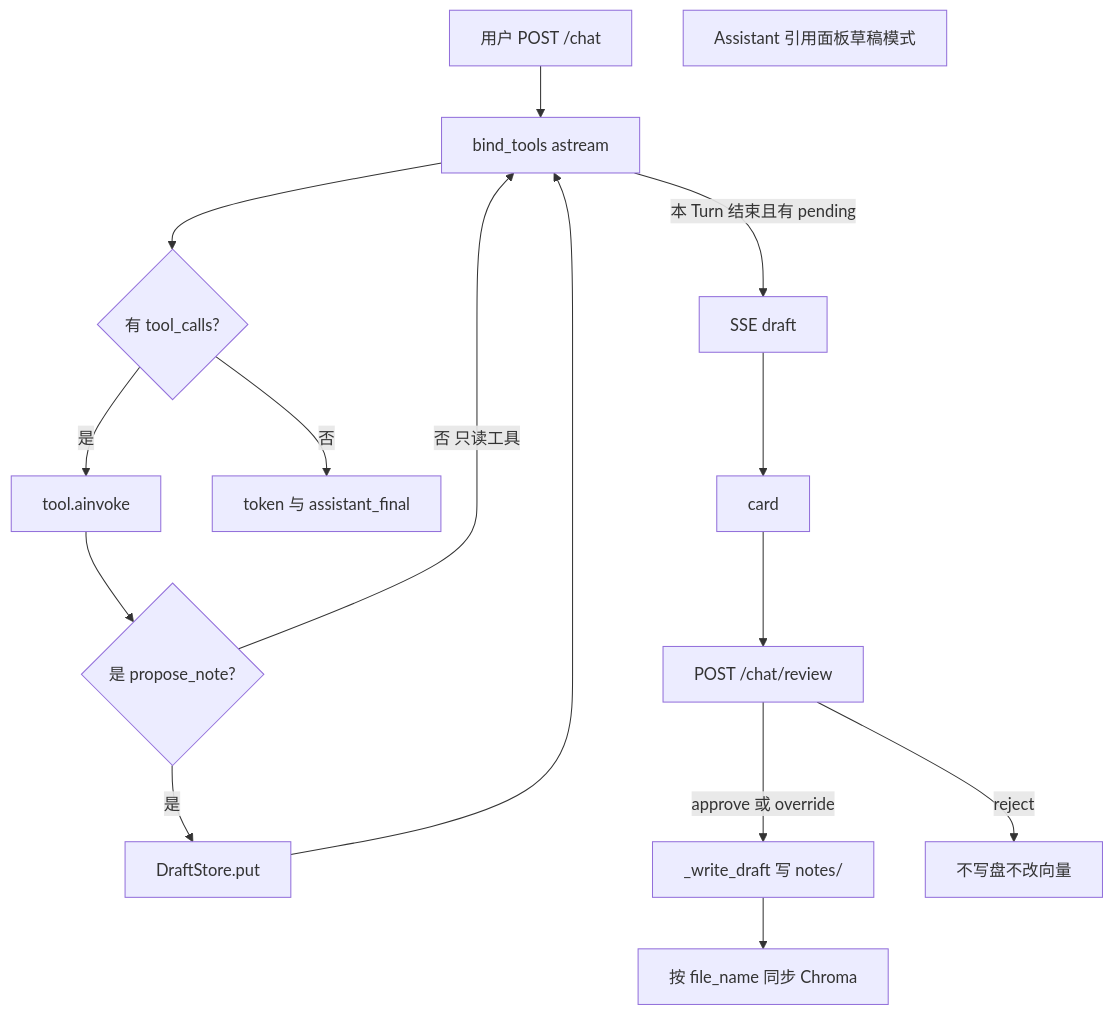
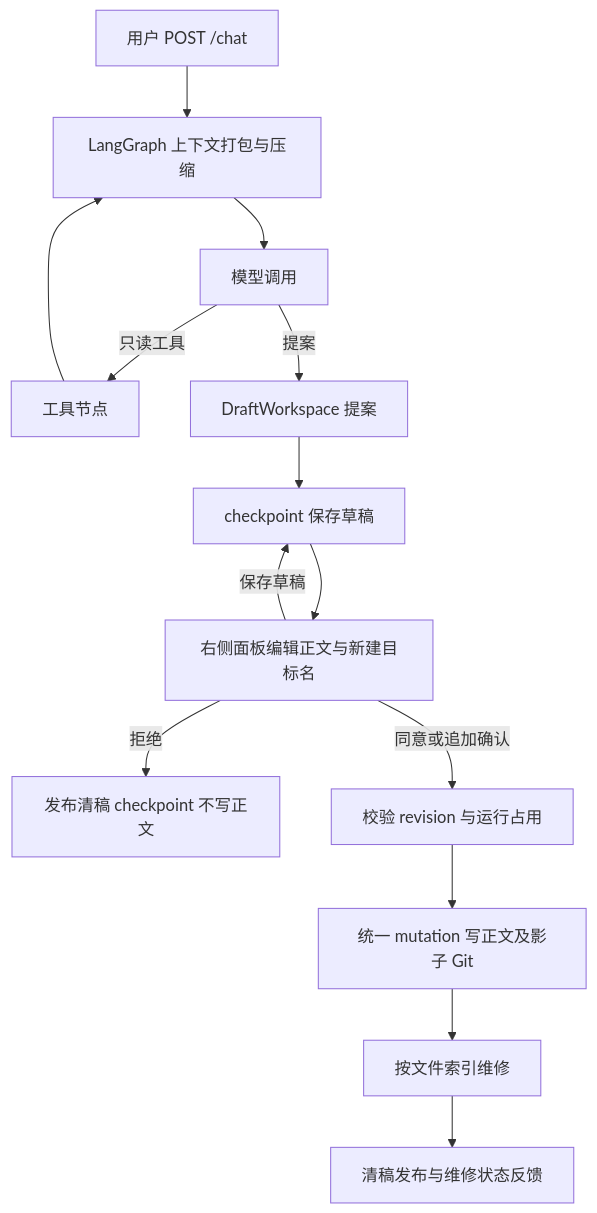
Before and after one commit to meantrick11/NoteAgent: the diagram in docs/02-api/chat-tools.md, drawn with Mermaid. The commit also changed other lines of this file and 2 other files, not shown here.

Commit message:
docs: sync current checkpoint and draft approval contracts

````diff
--- a/docs/02-api/chat-tools.md
+++ b/docs/02-api/chat-tools.md
@@ -33,23 +33,14 @@
 ```mermaid
 flowchart TD
-  user[用户 POST /chat]
-  hop[bind_tools astream]
-  noTool{有 tool_calls?}
-  invoke[tool.ainvoke]
-  propose{是 propose_note?}
-  draft[DraftStore.put]
-  reply[token 与 assistant_final]
-  sse[SSE draft]
-  pane[Assistant 引用面板草稿模式]
-  review[POST /chat/review]
-  disk[_write_draft 写 notes/]
-  user --> hop --> noTool
-  noTool -->|否| reply
-  noTool -->|是| invoke --> propose
-  propose -->|否 只读工具| hop
-  propose -->|是| draft --> hop
-  hop -->|本 Turn 结束且有 pending| sse --> card --> review
-  review -->|approve 或 override| disk
-  disk --> chroma[按 file_name 同步 Chroma]
-  review -->|reject| drop[不写盘不改向量]
+  U[用户 POST /chat] --> G[LangGraph 上下文打包与压缩]
+  G --> M[模型调用]
+  M -->|只读工具| T[工具节点] --> G
+  M -->|提案| D[DraftWorkspace 提案] --> C[checkpoint 保存草稿]
+  C --> P[右侧面板编辑正文与新建目标名]
+  P -->|保存草稿| C
+  P -->|拒绝| R[发布清稿 checkpoint 不写正文]
+  P -->|同意或追加确认| V[校验 revision 与运行占用]
+  V --> W[统一 mutation 写正文及影子 Git]
+  W --> I[按文件索引维修]
+  I --> H[清稿发布与维修状态反馈]
 ```
````
